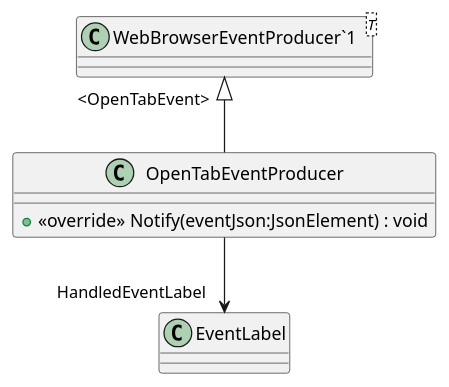
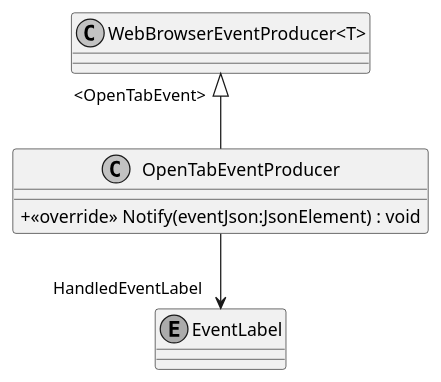
One commit to insightmind/MORR changed the diagram in application/plantuml/Modules/WebBrowser/Producers/OpenTabEventProducer.puml. Above: the diagram before and after it, drawn with PlantUML. The commit also changed 14 other files, not shown here.

```diff
--- a/application/plantuml/Modules/WebBrowser/Producers/OpenTabEventProducer.puml
+++ b/application/plantuml/Modules/WebBrowser/Producers/OpenTabEventProducer.puml
@@ -1,9 +1,12 @@
 @startuml
+skinparam monochrome true
+skinparam ClassAttributeIconSize 0
 class OpenTabEventProducer {
     + <<override>> Notify(eventJson:JsonElement) : void
 }
-class "WebBrowserEventProducer`1"<T> {
+class "WebBrowserEventProducer<T>" {
 }
-"WebBrowserEventProducer`1" "<OpenTabEvent>" <|-- OpenTabEventProducer
+enum "EventLabel"
+"WebBrowserEventProducer<T>" "<OpenTabEvent>" <|-- OpenTabEventProducer
 OpenTabEventProducer --> "HandledEventLabel" EventLabel
 @enduml
```
